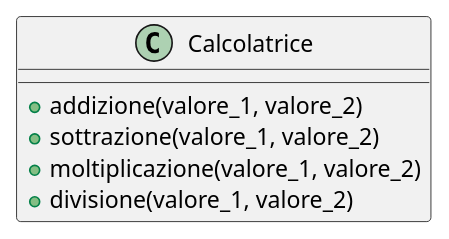
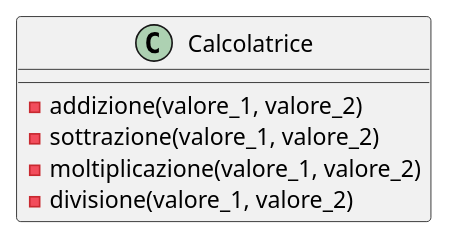
Before and after one commit to CristianMonticelli/io: the diagram in esercizio 4/umlclassi4.wsd, drawn with PlantUML. The commit also changed 4 other files, not shown here.

```diff
--- a/esercizio 4/umlclassi4.wsd
+++ b/esercizio 4/umlclassi4.wsd
@@ -1,14 +1,14 @@
 @startuml es4
 
 class Calcolatrice{
    
-    + addizione(valore_1, valore_2)
+    - addizione(valore_1, valore_2)
        
-    + sottrazione(valore_1, valore_2)
+    - sottrazione(valore_1, valore_2)
         
         
-    + moltiplicazione(valore_1, valore_2)
+    - moltiplicazione(valore_1, valore_2)
         
-    + divisione(valore_1, valore_2)
+    - divisione(valore_1, valore_2)
 }
 @enduml
```
